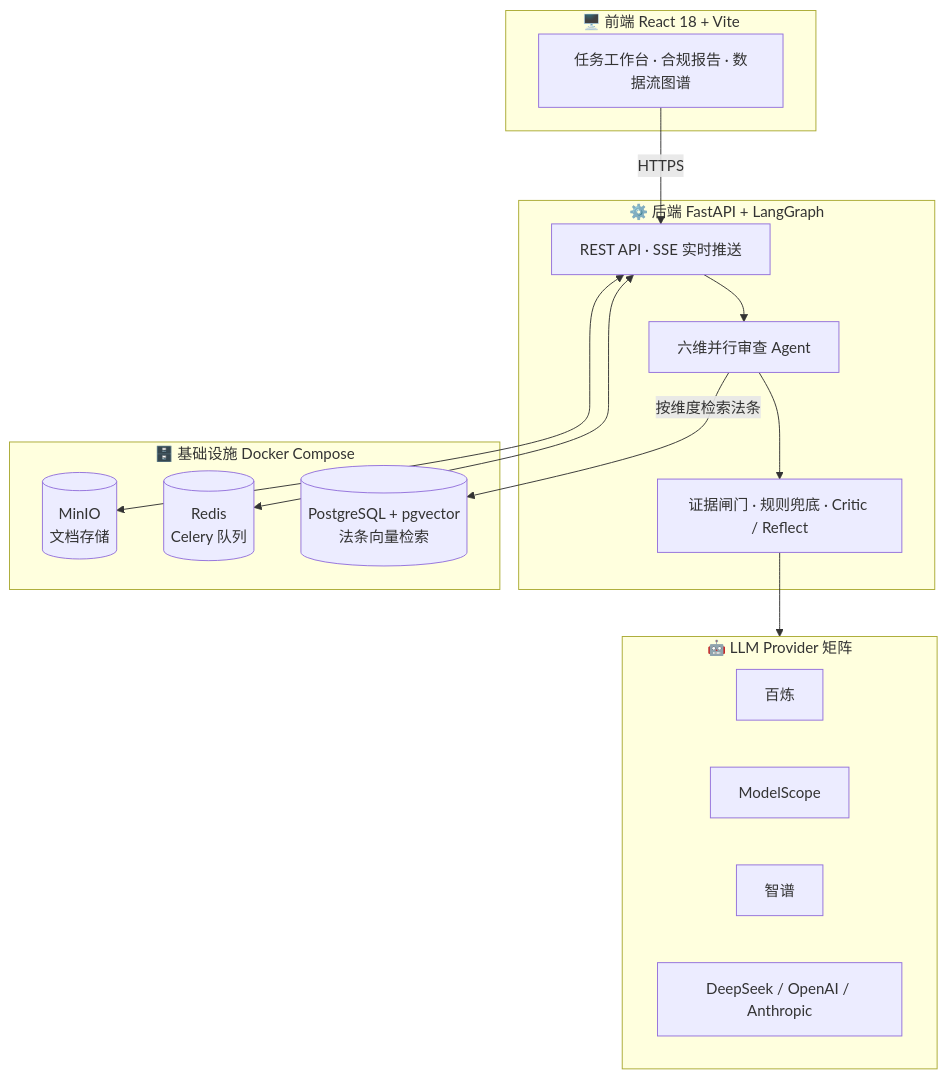
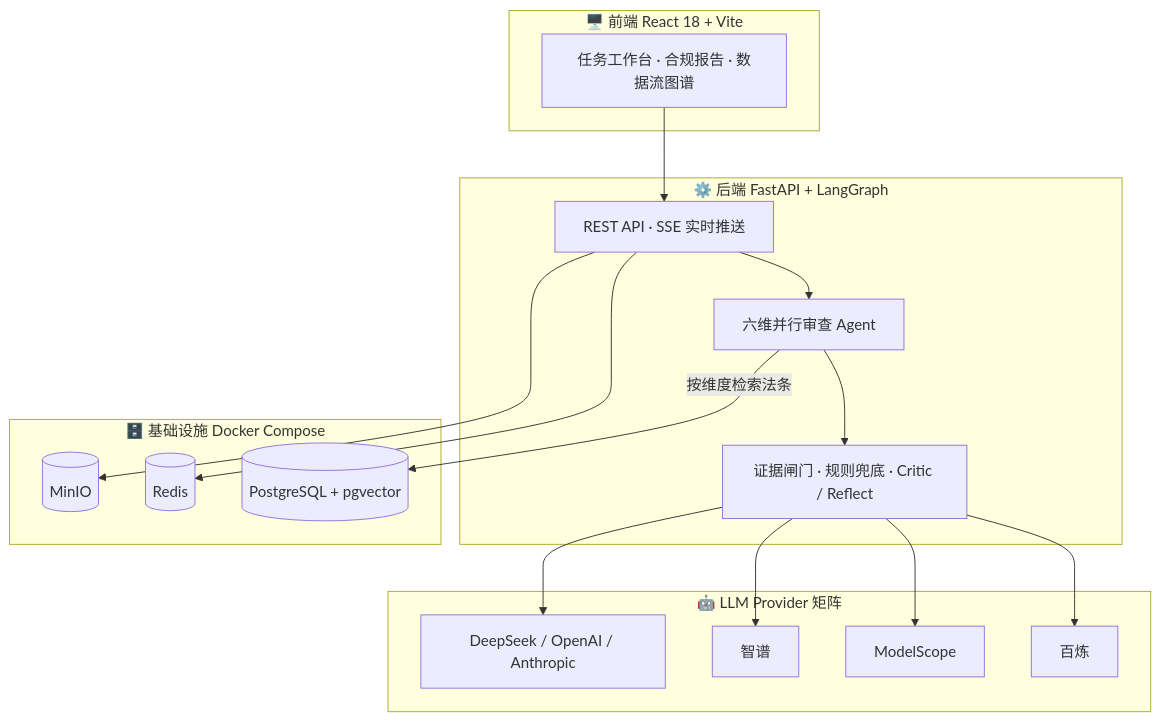
One commit to YuanZ567/legaleye changed the diagram in README.md. Above: the diagram before and after it, drawn with Mermaid.

Commit message:
fix(readme): mermaid 兼容性修复（去掉 direction 与子图直连、双向箭头、<br/>）

````diff
--- a/README.md
+++ b/README.md
@@ -133,29 +133,32 @@
 ```mermaid
 flowchart TB
     subgraph FE["🖥️ 前端 React 18 + Vite"]
         UI["任务工作台 · 合规报告 · 数据流图谱"]
     end
     subgraph BE["⚙️ 后端 FastAPI + LangGraph"]
         API["REST API · SSE 实时推送"]
         WF["六维并行审查 Agent"]
         GATE["证据闸门 · 规则兜底 · Critic / Reflect"]
-        API --> WF --> GATE
+        API --> WF
+        WF --> GATE
     end
     subgraph INFRA["🗄️ 基础设施 Docker Compose"]
-        PG[("PostgreSQL + pgvector<br/>法条向量检索")]
-        RD[("Redis<br/>Celery 队列")]
-        MI[("MinIO<br/>文档存储")]
+        PG[("PostgreSQL + pgvector")]
+        RD[("Redis")]
+        MI[("MinIO")]
     end
     subgraph LLM["🤖 LLM Provider 矩阵"]
-        direction LR
         P1["百炼"]
         P2["ModelScope"]
         P3["智谱"]
         P4["DeepSeek / OpenAI / Anthropic"]
     end
-    UI -- HTTPS --> API
-    WF -- "按维度检索法条" --> PG
-    API <--> RD
-    API <--> MI
-    GATE --> LLM
+    UI --> API
+    API --> RD
+    API --> MI
+    WF -->|"按维度检索法条"| PG
+    GATE --> P1
+    GATE --> P2
+    GATE --> P3
+    GATE --> P4
 ```
````
